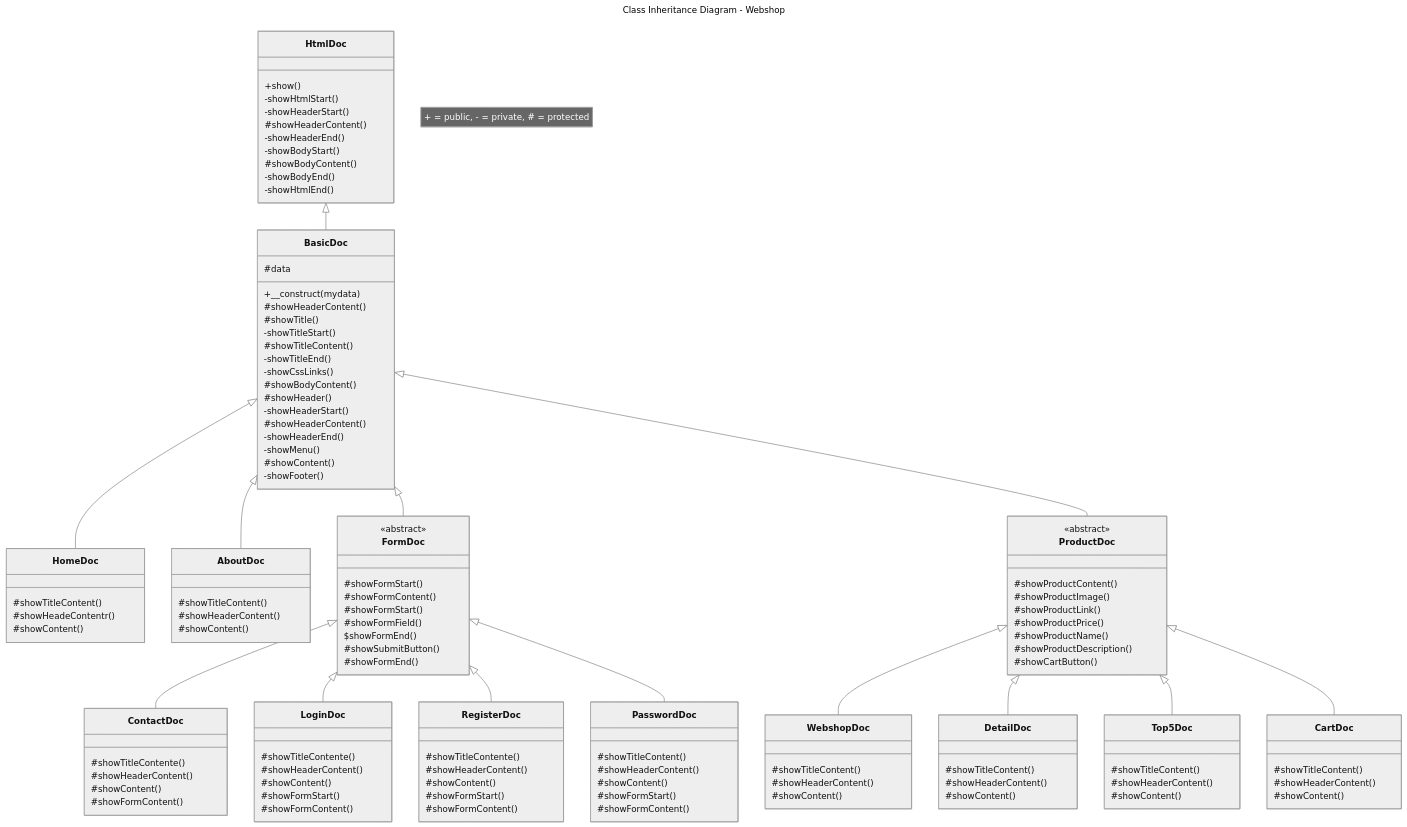
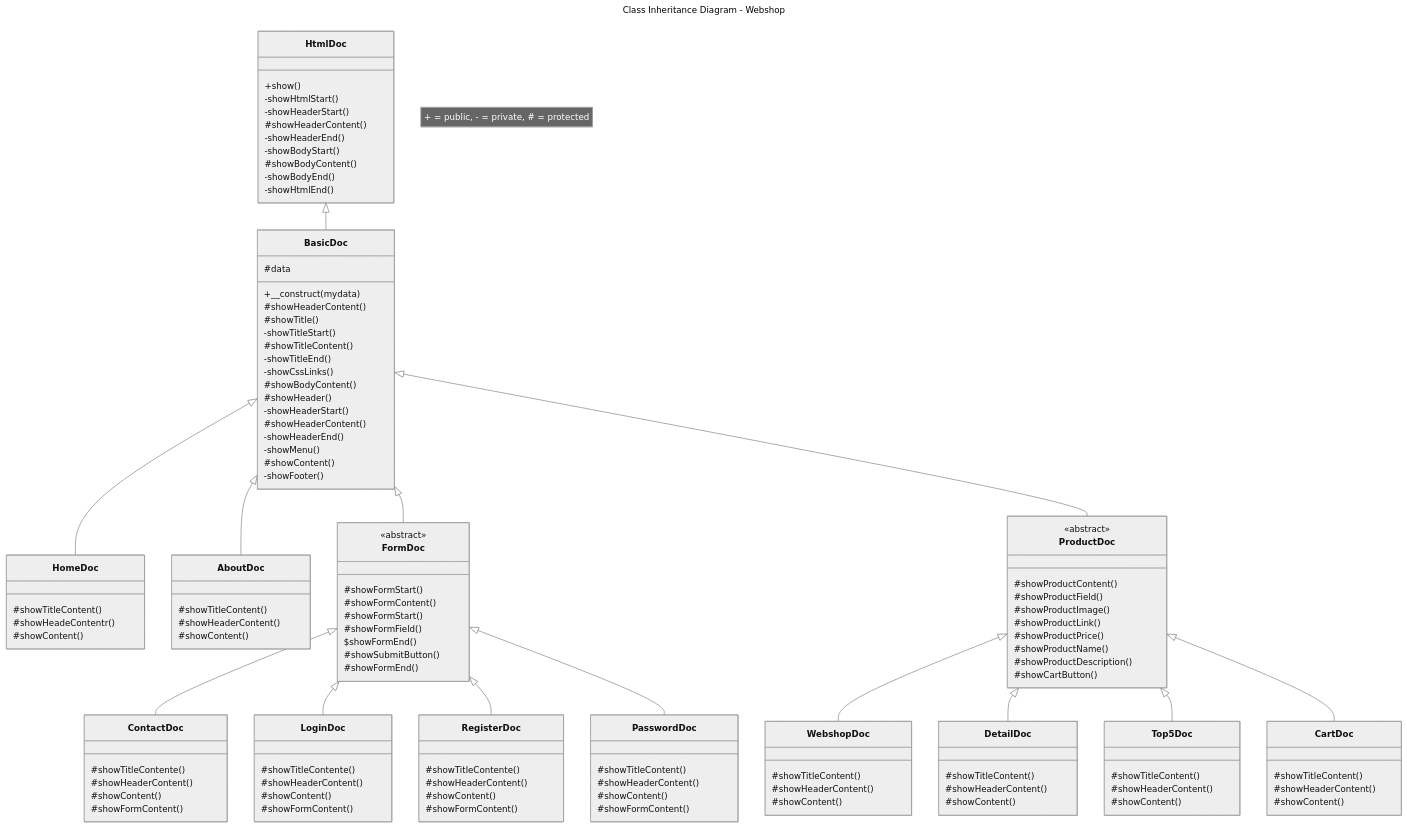
Before and after one commit to JeroenHeemskerk/educom-webshop-oop-1708595373: the diagram in Diagrams/class-inheritance-diagram-webshop.md, drawn with Mermaid (neutral theme).

```diff
--- a/Diagrams/class-inheritance-diagram-webshop.md
+++ b/Diagrams/class-inheritance-diagram-webshop.md
@@ -82,27 +82,25 @@
         #showTitleContente()
         #showHeaderContent()
         #showContent()
-        #showFormStart()
         #showFormContent()
     }
     class RegisterDoc{
         #showTitleContente()
         #showHeaderContent()
         #showContent()
-        #showFormStart()
         #showFormContent()
     }
     class PasswordDoc{
         #showTitleContent()
         #showHeaderContent()
         #showContent()
-        #showFormStart()
         #showFormContent()
     }
 
     class ProductDoc{
         <<abstract>>
         #showProductContent()
+        #showProductField()
         #showProductImage()
         #showProductLink()
         #showProductPrice()
```
